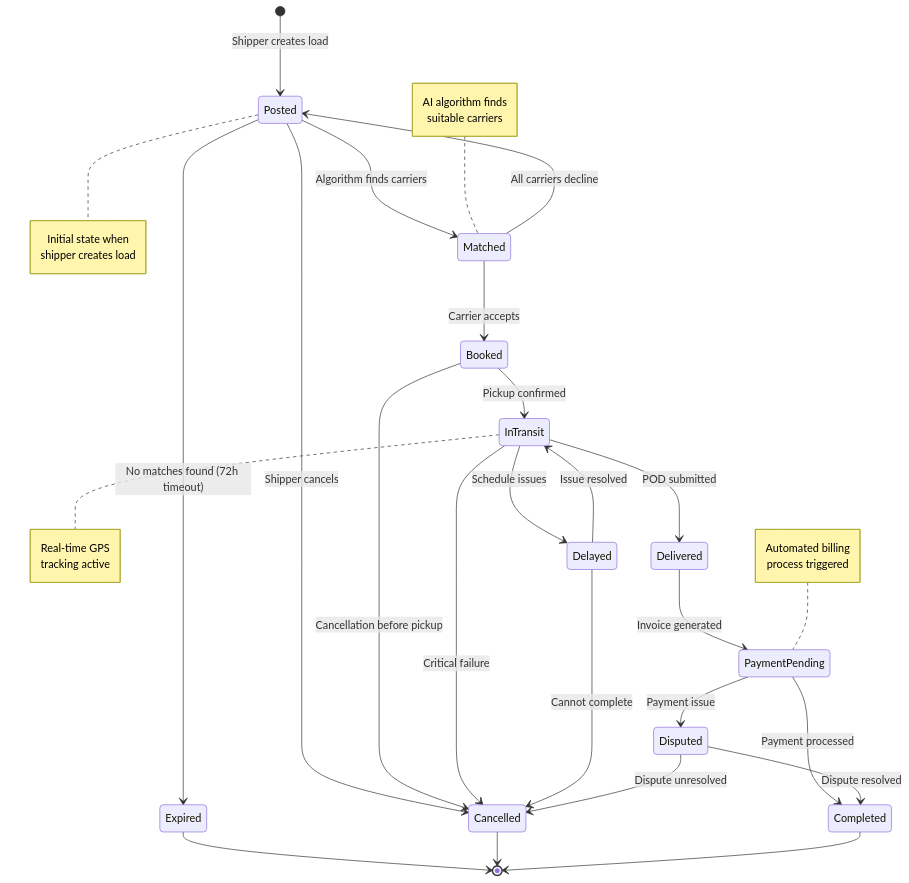
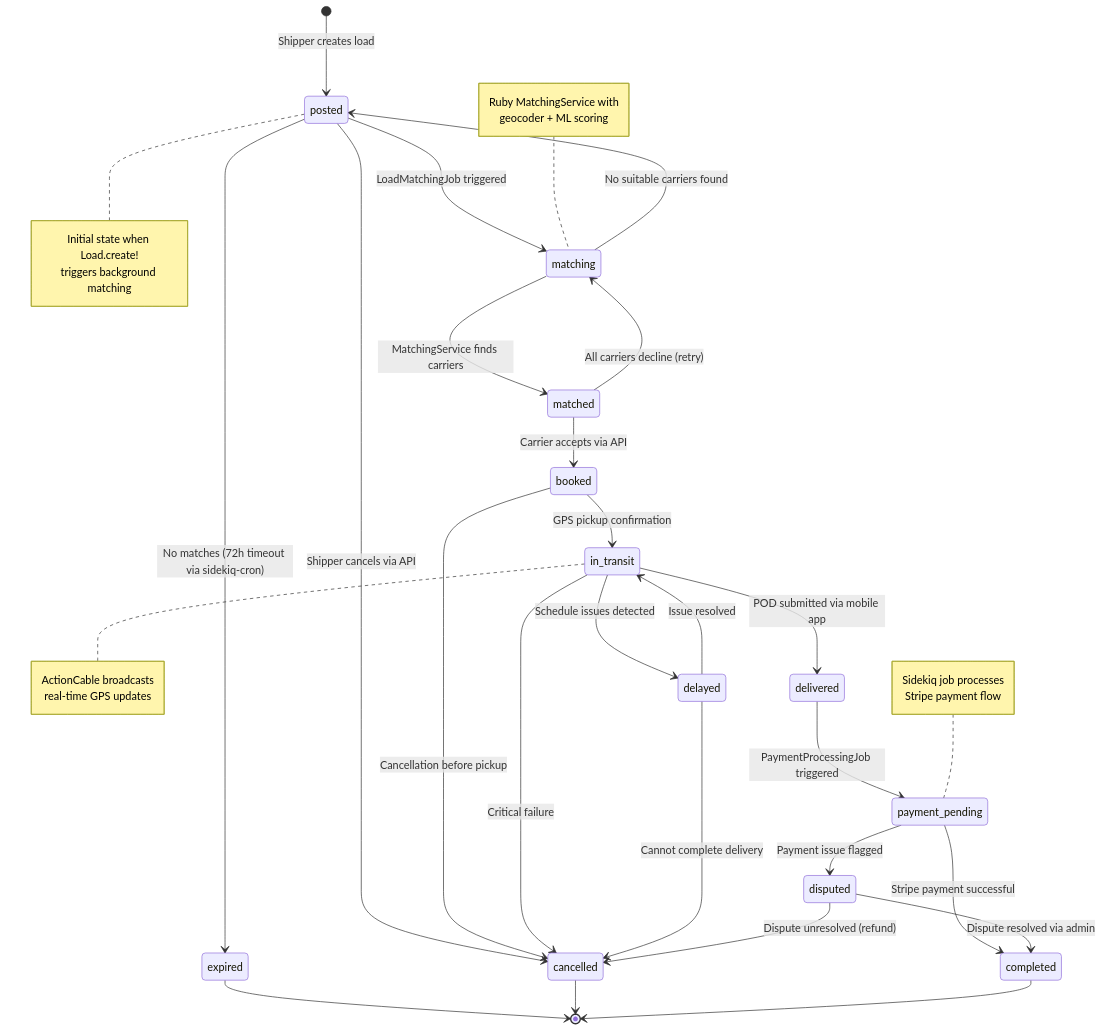
The sixth of 9 diagrams in UML_Design.md (John-Jepsen/digital-freight-matching), drawn with Mermaid before and after one commit. The commit also changed other lines of this file and 3 other files, not shown here.

First line of the commit message:
feat: Complete Ruby/Rails architecture overhaul

````diff
--- a/UML_Design.md
+++ b/UML_Design.md
@@ -641,53 +675,56 @@
 ```mermaid
 stateDiagram-v2
-    [*] --> Posted : Shipper creates load
+    [*] --> posted : Shipper creates load
     
-    Posted --> Matched : Algorithm finds carriers
-    Posted --> Expired : No matches found (72h timeout)
-    Posted --> Cancelled : Shipper cancels
+    posted --> matching : LoadMatchingJob triggered
+    posted --> expired : No matches (72h timeout via sidekiq-cron)
+    posted --> cancelled : Shipper cancels via API
     
-    Matched --> Booked : Carrier accepts
-    Matched --> Posted : All carriers decline
+    matching --> matched : MatchingService finds carriers
+    matching --> posted : No suitable carriers found
     
-    Booked --> InTransit : Pickup confirmed
-    Booked --> Cancelled : Cancellation before pickup
+    matched --> booked : Carrier accepts via API
+    matched --> matching : All carriers decline (retry)
     
-    InTransit --> Delivered : POD submitted
-    InTransit --> Delayed : Schedule issues
-    InTransit --> Cancelled : Critical failure
+    booked --> in_transit : GPS pickup confirmation
+    booked --> cancelled : Cancellation before pickup
     
-    Delayed --> InTransit : Issue resolved
-    Delayed --> Cancelled : Cannot complete
+    in_transit --> delivered : POD submitted via mobile app
+    in_transit --> delayed : Schedule issues detected
+    in_transit --> cancelled : Critical failure
     
-    Delivered --> PaymentPending : Invoice generated
+    delayed --> in_transit : Issue resolved
+    delayed --> cancelled : Cannot complete delivery
     
-    PaymentPending --> Completed : Payment processed
-    PaymentPending --> Disputed : Payment issue
+    delivered --> payment_pending : PaymentProcessingJob triggered
     
-    Disputed --> Completed : Dispute resolved
-    Disputed --> Cancelled : Dispute unresolved
+    payment_pending --> completed : Stripe payment successful
+    payment_pending --> disputed : Payment issue flagged
     
-    Expired --> [*]
-    Cancelled --> [*]
-    Completed --> [*]
+    disputed --> completed : Dispute resolved via admin
+    disputed --> cancelled : Dispute unresolved (refund)
     
-    note right of Posted
-        Initial state when
-        shipper creates load
+    expired --> [*]
+    cancelled --> [*]
+    completed --> [*]
+    
+    note right of posted
+        Initial state when Load.create!
+        triggers background matching
     end note
     
-    note left of Matched
-        AI algorithm finds
-        suitable carriers
+    note left of matching
+        Ruby MatchingService with
+        geocoder + ML scoring
     end note
     
-    note right of InTransit
-        Real-time GPS
-        tracking active
+    note right of in_transit
+        ActionCable broadcasts
+        real-time GPS updates
     end note
     
-    note left of PaymentPending
-        Automated billing
-        process triggered
+    note left of payment_pending
+        Sidekiq job processes
+        Stripe payment flow
     end note
 ```
````
